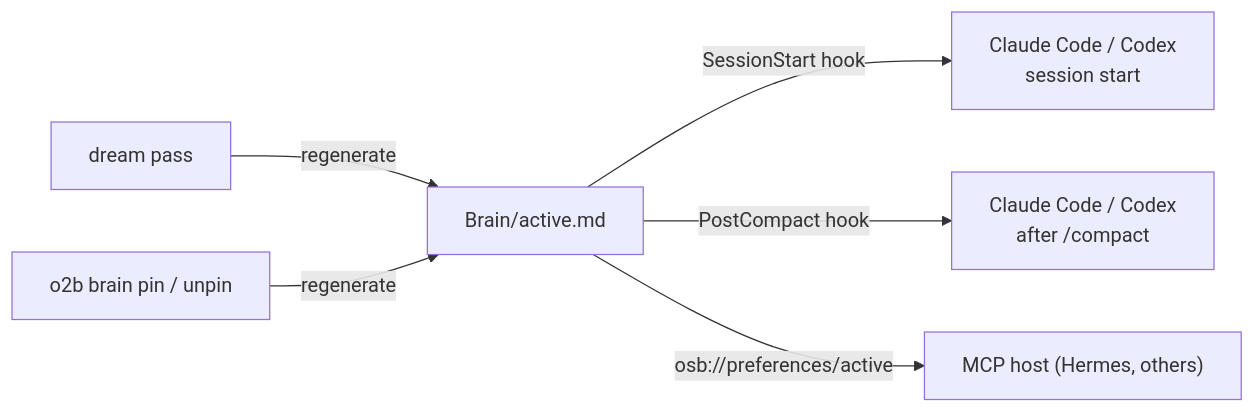
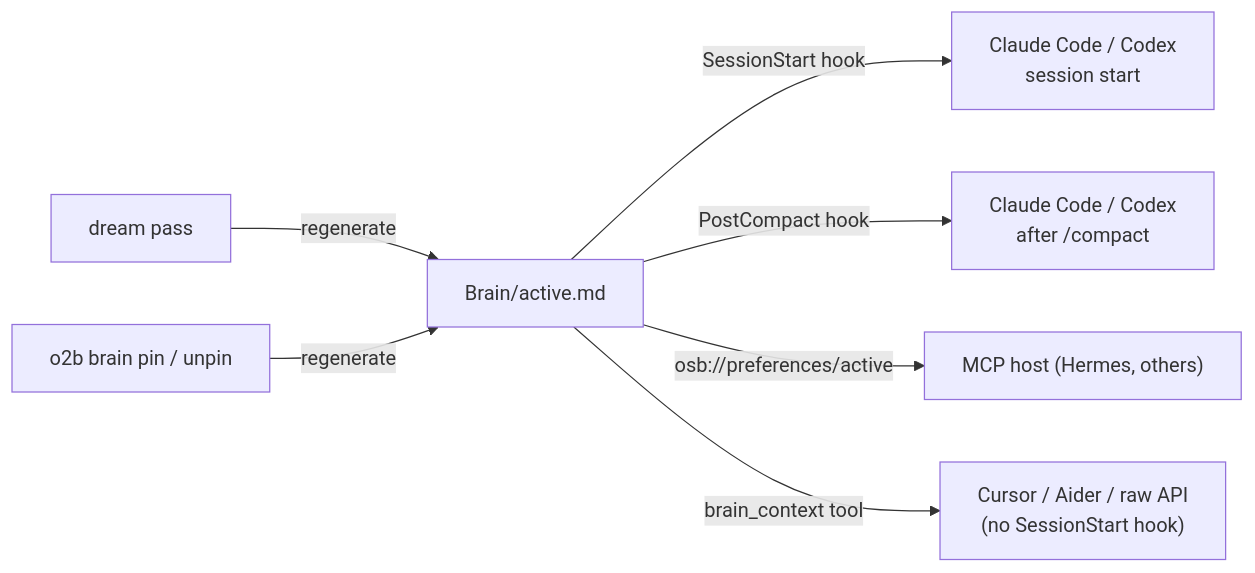
Before and after one commit to itechmeat/open-second-brain: the sixth of 12 diagrams in docs/how-it-works.md, drawn with Mermaid. The commit also changed other lines of this file and 40 other files, not shown here.

````diff
--- a/docs/how-it-works.md
+++ b/docs/how-it-works.md
@@ -311,8 +311,9 @@
 ```mermaid
 flowchart LR
     Dream[dream pass] -- regenerate --> Active[Brain/active.md]
     Pin[o2b brain pin / unpin] -- regenerate --> Active
     Active -- SessionStart hook --> ClaudeStart["Claude Code / Codex<br/>session start"]
     Active -- PostCompact hook --> ClaudeCompact["Claude Code / Codex<br/>after /compact"]
     Active -- "osb://preferences/active" --> MCPHost["MCP host (Hermes, others)"]
+    Active -- "brain_context tool" --> PullRT["Cursor / Aider / raw API<br/>(no SessionStart hook)"]
 ```
````
